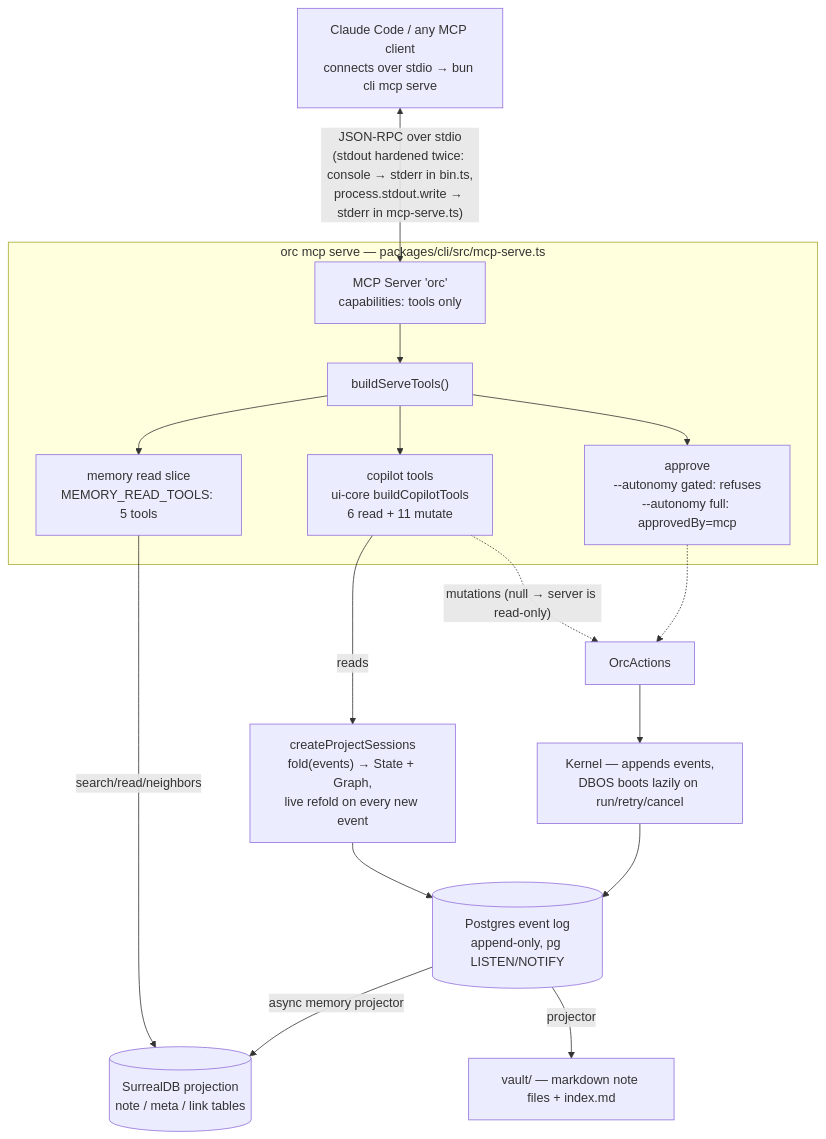
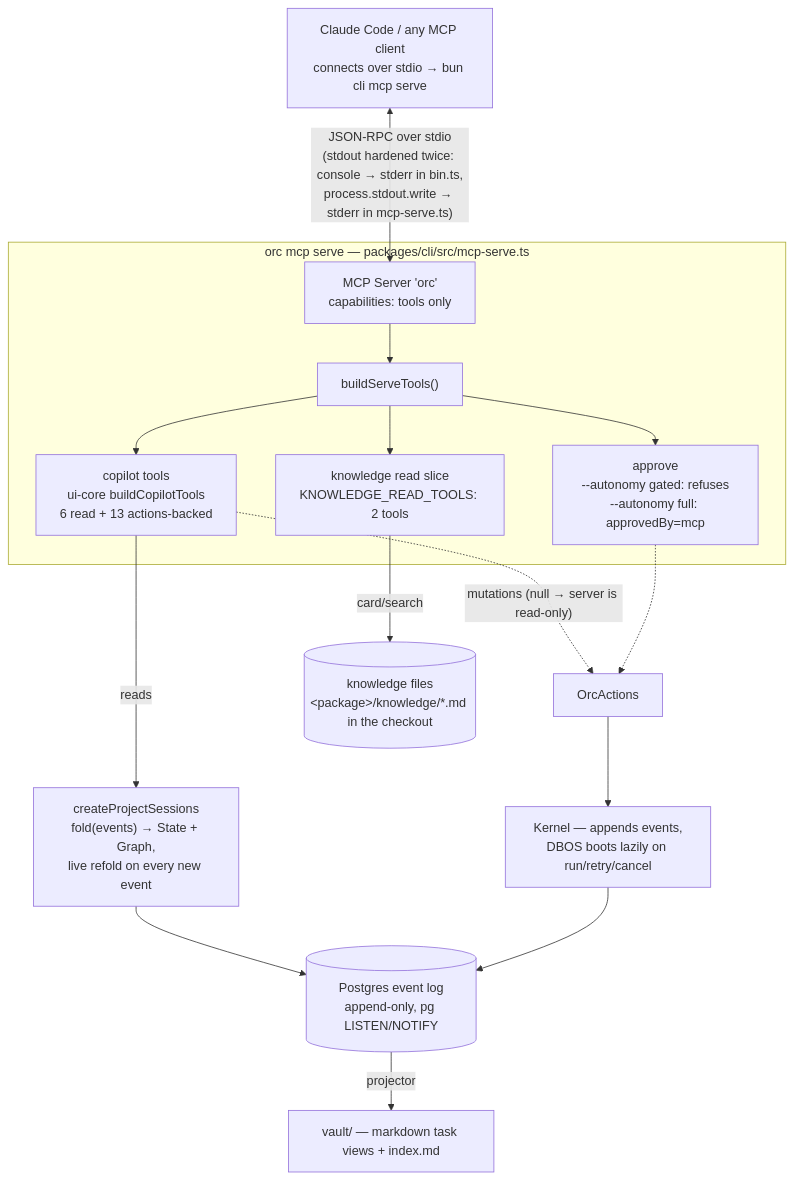
One commit to fetttttjoe/ORC changed the first of 2 diagrams in docs/mcp-overview.md. Above: the diagram before and after it, drawn with Mermaid. The commit also changed other lines of this file and 513 other files, not shown here.

````diff
--- a/docs/mcp-overview.md
+++ b/docs/mcp-overview.md
@@ -14,25 +14,24 @@
 ```mermaid
 flowchart TB
     CC["Claude Code / any MCP client<br/>connects over stdio → bun cli mcp serve"]
     CC <-->|"JSON-RPC over stdio<br/>(stdout hardened twice: console → stderr in bin.ts,<br/>process.stdout.write → stderr in mcp-serve.ts)"| SRV
 
     subgraph serve["orc mcp serve — packages/cli/src/mcp-serve.ts"]
         SRV["MCP Server 'orc'<br/>capabilities: tools only"]
         SRV --> REG["buildServeTools()"]
-        REG --> COP["copilot tools<br/>ui-core buildCopilotTools<br/>6 read + 11 mutate"]
-        REG --> MEM["memory read slice<br/>MEMORY_READ_TOOLS: 5 tools"]
+        REG --> COP["copilot tools<br/>ui-core buildCopilotTools<br/>6 read + 13 actions-backed"]
+        REG --> MEM["knowledge read slice<br/>KNOWLEDGE_READ_TOOLS: 2 tools"]
         REG --> APPR["approve<br/>--autonomy gated: refuses<br/>--autonomy full: approvedBy=mcp"]
     end
 
     COP -->|reads| SESS["createProjectSessions<br/>fold(events) → State + Graph,<br/>live refold on every new event"]
     COP -.->|"mutations (null → server is read-only)"| ACT["OrcActions"]
     APPR -.-> ACT
     ACT --> KERNEL["Kernel — appends events,<br/>DBOS boots lazily on run/retry/cancel"]
 
     SESS --> LOG[("Postgres event log<br/>append-only, pg LISTEN/NOTIFY")]
     KERNEL --> LOG
 
-    MEM -->|search/read/neighbors| SUR[("SurrealDB projection<br/>note / meta / link tables")]
-    LOG -->|"async memory projector"| SUR
-    LOG -->|projector| VAULT["vault/ — markdown note files + index.md"]
+    MEM -->|card/search| KF[("knowledge files<br/>&lt;package&gt;/knowledge/*.md in the checkout")]
+    LOG -->|projector| VAULT["vault/ — markdown task views + index.md"]
 ```
````
